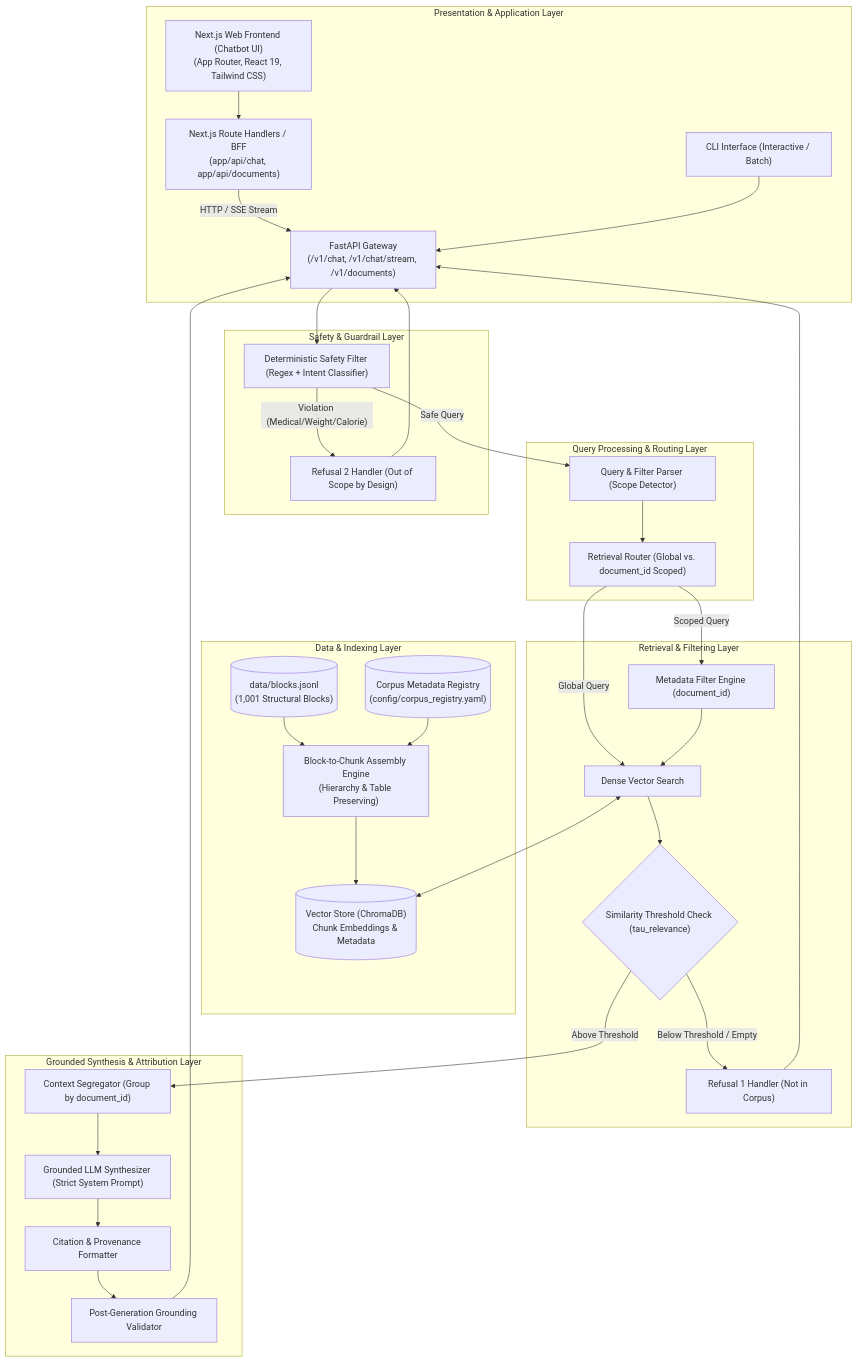
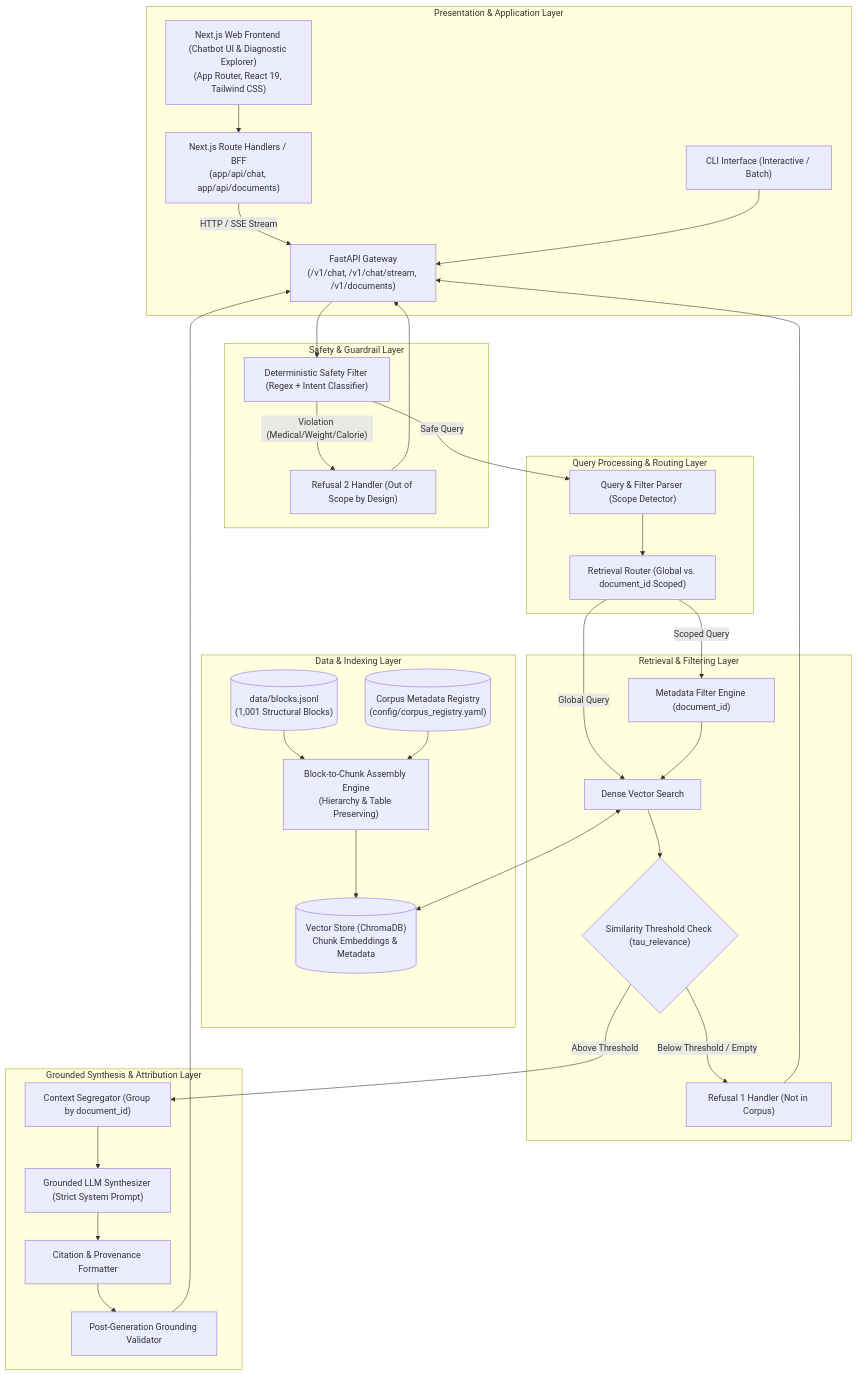
Before and after one commit to sivarajthava/nutrison--rag: the first of 13 diagrams in doc/architecture.md, drawn with Mermaid. The commit also changed other lines of this file and 89 other files, not shown here.

````diff
--- a/doc/architecture.md
+++ b/doc/architecture.md
@@ -19,73 +19,73 @@
 ```mermaid
 flowchart TB
     subgraph StorageLayer["Data & Indexing Layer"]
         RawBlocks[("data/blocks.jsonl<br/>(1,001 Structural Blocks)")]
         CorpusRegistry[("Corpus Metadata Registry<br/>(config/corpus_registry.yaml)")]
         BlockChunker["Block-to-Chunk Assembly Engine<br/>(Hierarchy & Table Preserving)"]
         VectorStore[("Vector Store (ChromaDB)<br/>Chunk Embeddings & Metadata")]
     end
 
     subgraph ClientLayer["Presentation & Application Layer"]
-        NextWebClient["Next.js Web Frontend (Chatbot UI)<br/>(App Router, React 19, Tailwind CSS)"]
+        NextWebClient["Next.js Web Frontend (Chatbot UI & Diagnostic Explorer)<br/>(App Router, React 19, Tailwind CSS)"]
         NextBFF["Next.js Route Handlers / BFF<br/>(app/api/chat, app/api/documents)"]
         CLIClient["CLI Interface (Interactive / Batch)"]
         APIGateway["FastAPI Gateway<br/>(/v1/chat, /v1/chat/stream, /v1/documents)"]
     end
 
     subgraph GuardrailLayer["Safety & Guardrail Layer"]
         SafetyFilter["Deterministic Safety Filter (Regex + Intent Classifier)"]
         RefusalMedical["Refusal 2 Handler (Out of Scope by Design)"]
     end
 
     subgraph QueryLayer["Query Processing & Routing Layer"]
         QueryParser["Query & Filter Parser (Scope Detector)"]
         RetrievalRouter["Retrieval Router (Global vs. document_id Scoped)"]
     end
 
     subgraph RetrievalLayer["Retrieval & Filtering Layer"]
         DenseRetriever["Dense Vector Search"]
         MetaFilter["Metadata Filter Engine (document_id)"]
         ThresholdEvaluator{"Similarity Threshold Check (tau_relevance)"}
         RefusalCorpus["Refusal 1 Handler (Not in Corpus)"]
     end
 
     subgraph SynthesisLayer["Grounded Synthesis & Attribution Layer"]
         ContextOrganizer["Context Segregator (Group by document_id)"]
         GroundedSynthesizer["Grounded LLM Synthesizer (Strict System Prompt)"]
         CitationEngine["Citation & Provenance Formatter"]
         FaithfulnessAuditor["Post-Generation Grounding Validator"]
     end
 
     %% Ingestion Flow
     RawBlocks --> BlockChunker
     CorpusRegistry --> BlockChunker
     BlockChunker --> VectorStore
 
     %% User Flow
     NextWebClient --> NextBFF
     NextBFF -- "HTTP / SSE Stream" --> APIGateway
     CLIClient --> APIGateway
     APIGateway --> SafetyFilter
 
     SafetyFilter -- "Violation (Medical/Weight/Calorie)" --> RefusalMedical
     RefusalMedical --> APIGateway
 
     SafetyFilter -- "Safe Query" --> QueryParser
     QueryParser --> RetrievalRouter
 
     RetrievalRouter -- "Global Query" --> DenseRetriever
     RetrievalRouter -- "Scoped Query" --> MetaFilter
     MetaFilter --> DenseRetriever
 
     DenseRetriever <--> VectorStore
     DenseRetriever --> ThresholdEvaluator
 
     ThresholdEvaluator -- "Below Threshold / Empty" --> RefusalCorpus
     RefusalCorpus --> APIGateway
 
     ThresholdEvaluator -- "Above Threshold" --> ContextOrganizer
     ContextOrganizer --> GroundedSynthesizer
     GroundedSynthesizer --> CitationEngine
     CitationEngine --> FaithfulnessAuditor
     FaithfulnessAuditor --> APIGateway
 ```
````
